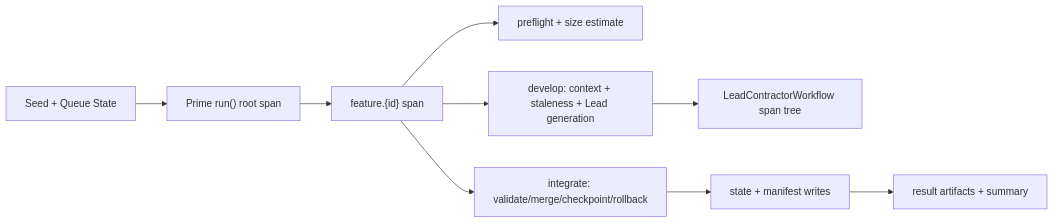
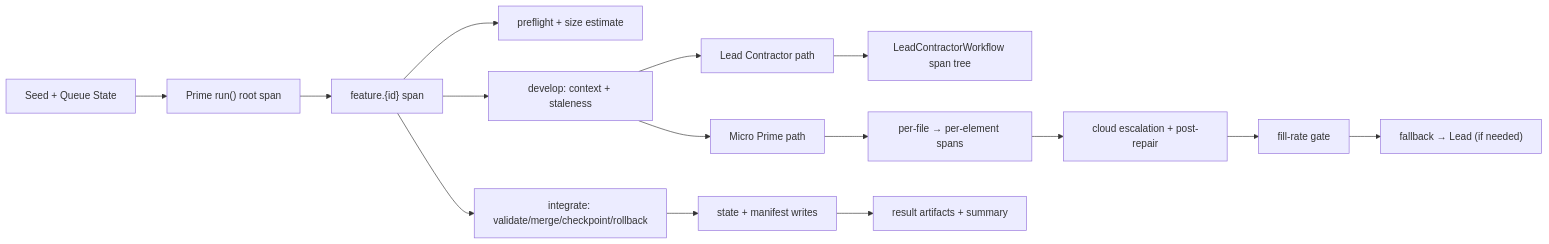
Before and after one commit to neil-the-nowledgeable/startd8-sdk: the second of 2 diagrams in docs/design/prime/PRIME_OTEL_FULL_DEPTH_TRACING_REQUIREMENTS.md, drawn with Mermaid. The commit also changed other lines of this file and 10 other files, not shown here.

Commit message:
Update prime/kaizen requirements and add micro-prime retry plumbing

````diff
--- a/docs/design/prime/PRIME_OTEL_FULL_DEPTH_TRACING_REQUIREMENTS.md
+++ b/docs/design/prime/PRIME_OTEL_FULL_DEPTH_TRACING_REQUIREMENTS.md
@@ -568,11 +768,20 @@
 ```mermaid
 flowchart LR
     S["Seed + Queue State"] --> W["Prime run() root span"]
     W --> F["feature.{id} span"]
     F --> P["preflight + size estimate"]
-    F --> G["develop: context + staleness + Lead generation"]
-    G --> L["LeadContractorWorkflow span tree"]
+    F --> G["develop: context + staleness"]
+
+    G --> L["Lead Contractor path"]
+    L --> LW["LeadContractorWorkflow span tree"]
+
+    G --> MP["Micro Prime path"]
+    MP --> MPE["per-file → per-element spans"]
+    MPE --> MPC["cloud escalation + post-repair"]
+    MPC --> MPG["fill-rate gate"]
+    MPG --> MPF["fallback → Lead (if needed)"]
+
     F --> I["integrate: validate/merge/checkpoint/rollback"]
     I --> O["state + manifest writes"]
     O --> R["result artifacts + summary"]
 ```
````
